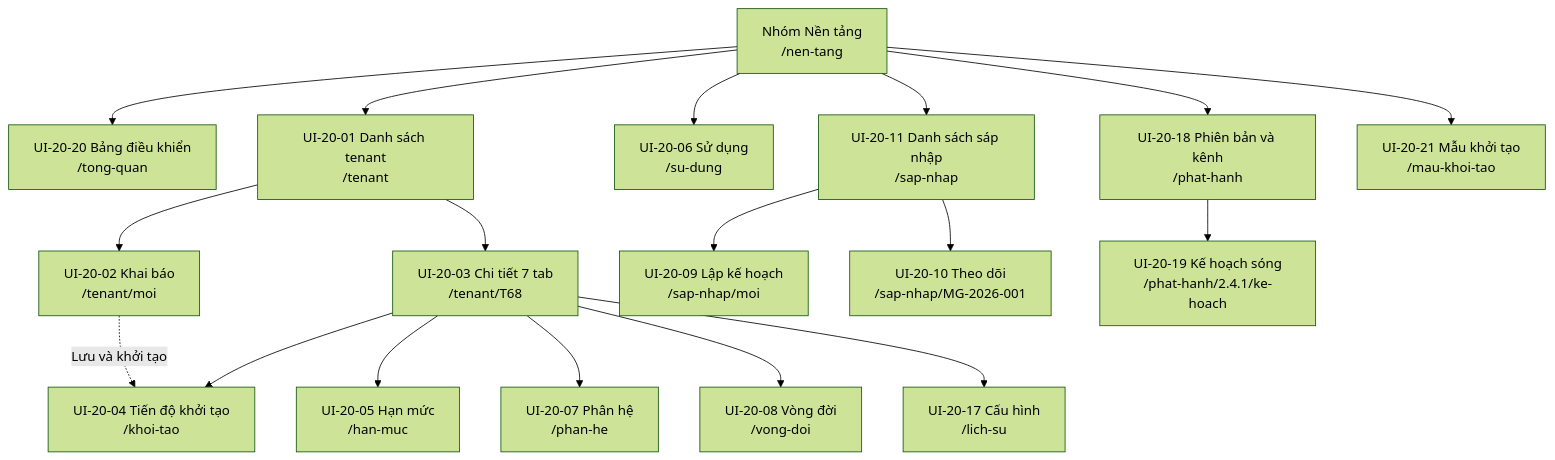
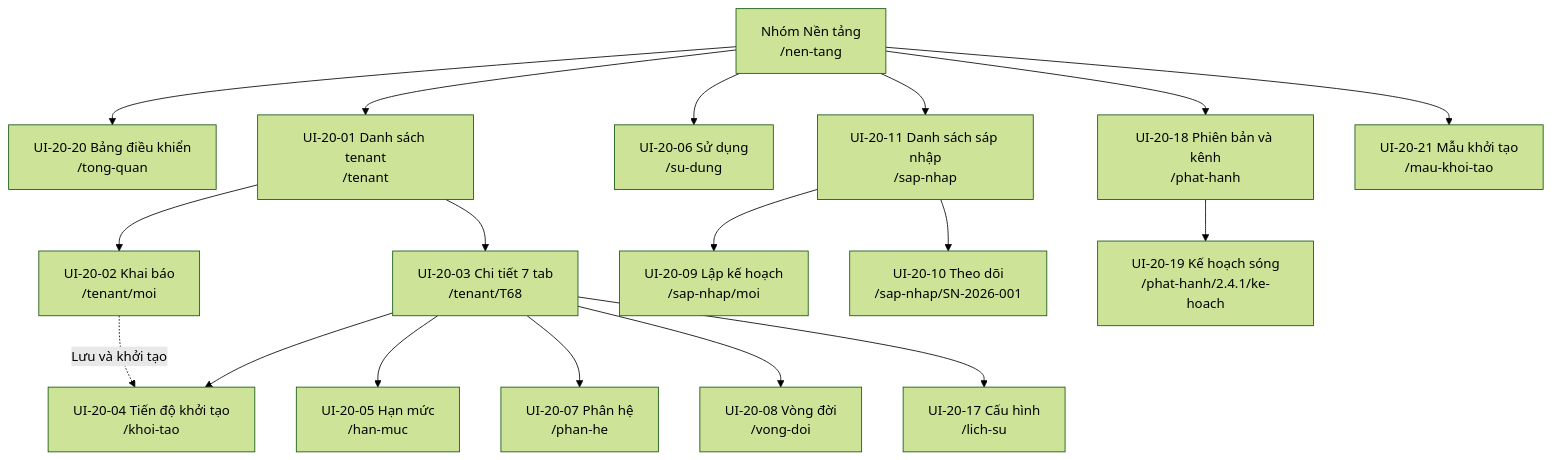
One commit to caprocute/DATAHUB changed the first of 4 diagrams in datahub-docs/03-thiet-ke/uiux/D03-06-PH20-man-hinh-quan-tri-tenant.md. Above: the diagram before and after it, drawn with Mermaid (forest theme). The commit also changed other lines of this file and 36 other files, not shown here.

````diff
--- a/datahub-docs/03-thiet-ke/uiux/D03-06-PH20-man-hinh-quan-tri-tenant.md
+++ b/datahub-docs/03-thiet-ke/uiux/D03-06-PH20-man-hinh-quan-tri-tenant.md
@@ -185,20 +185,20 @@
 ```{.mermaid caption="Cây điều hướng nhánh nền tảng dưới /nen-tang"}
 flowchart TB
   M["Nhóm Nền tảng<br/>/nen-tang"] --> TQ["UI-20-20 Bảng điều khiển<br/>/tong-quan"]
   M --> TN["UI-20-01 Danh sách tenant<br/>/tenant"]
   TN --> N2["UI-20-02 Khai báo<br/>/tenant/moi"]
   TN --> N3["UI-20-03 Chi tiết 7 tab<br/>/tenant/T68"]
   N2 -.->|Lưu và khởi tạo| N4
   N3 --> N4["UI-20-04 Tiến độ khởi tạo<br/>/khoi-tao"]
   N3 --> N5["UI-20-05 Hạn mức<br/>/han-muc"]
   N3 --> N7["UI-20-07 Phân hệ<br/>/phan-he"]
   N3 --> N8["UI-20-08 Vòng đời<br/>/vong-doi"]
   N3 --> N17["UI-20-17 Cấu hình<br/>/lich-su"]
   M --> SD["UI-20-06 Sử dụng<br/>/su-dung"]
   M --> SN["UI-20-11 Danh sách sáp nhập<br/>/sap-nhap"]
   SN --> S9["UI-20-09 Lập kế hoạch<br/>/sap-nhap/moi"]
-  SN --> S10["UI-20-10 Theo dõi<br/>/sap-nhap/MG-2026-001"]
+  SN --> S10["UI-20-10 Theo dõi<br/>/sap-nhap/SN-2026-001"]
   M --> PH["UI-20-18 Phiên bản và kênh<br/>/phat-hanh"]
   PH --> P19["UI-20-19 Kế hoạch sóng<br/>/phat-hanh/2.4.1/ke-hoach"]
   M --> MK["UI-20-21 Mẫu khởi tạo<br/>/mau-khoi-tao"]
 ```
````
